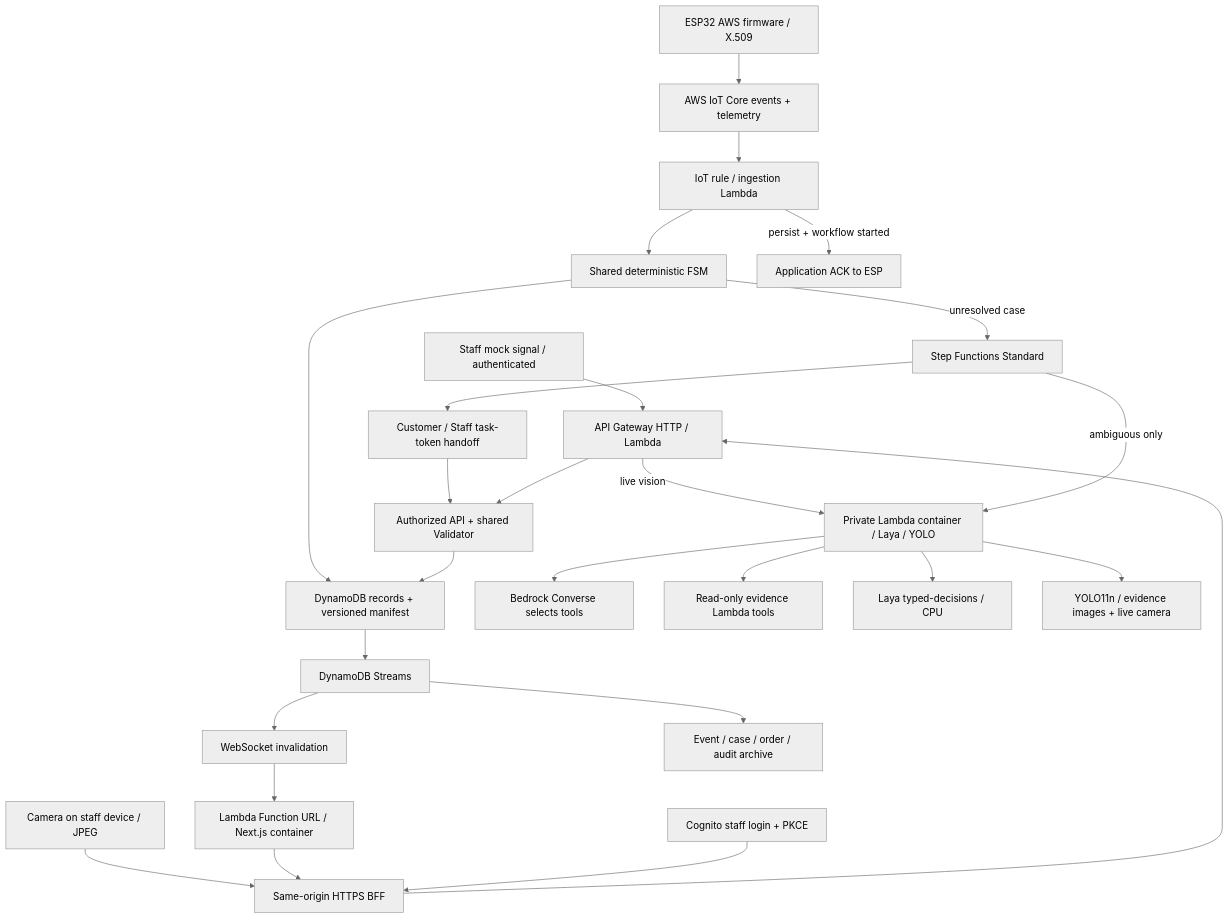
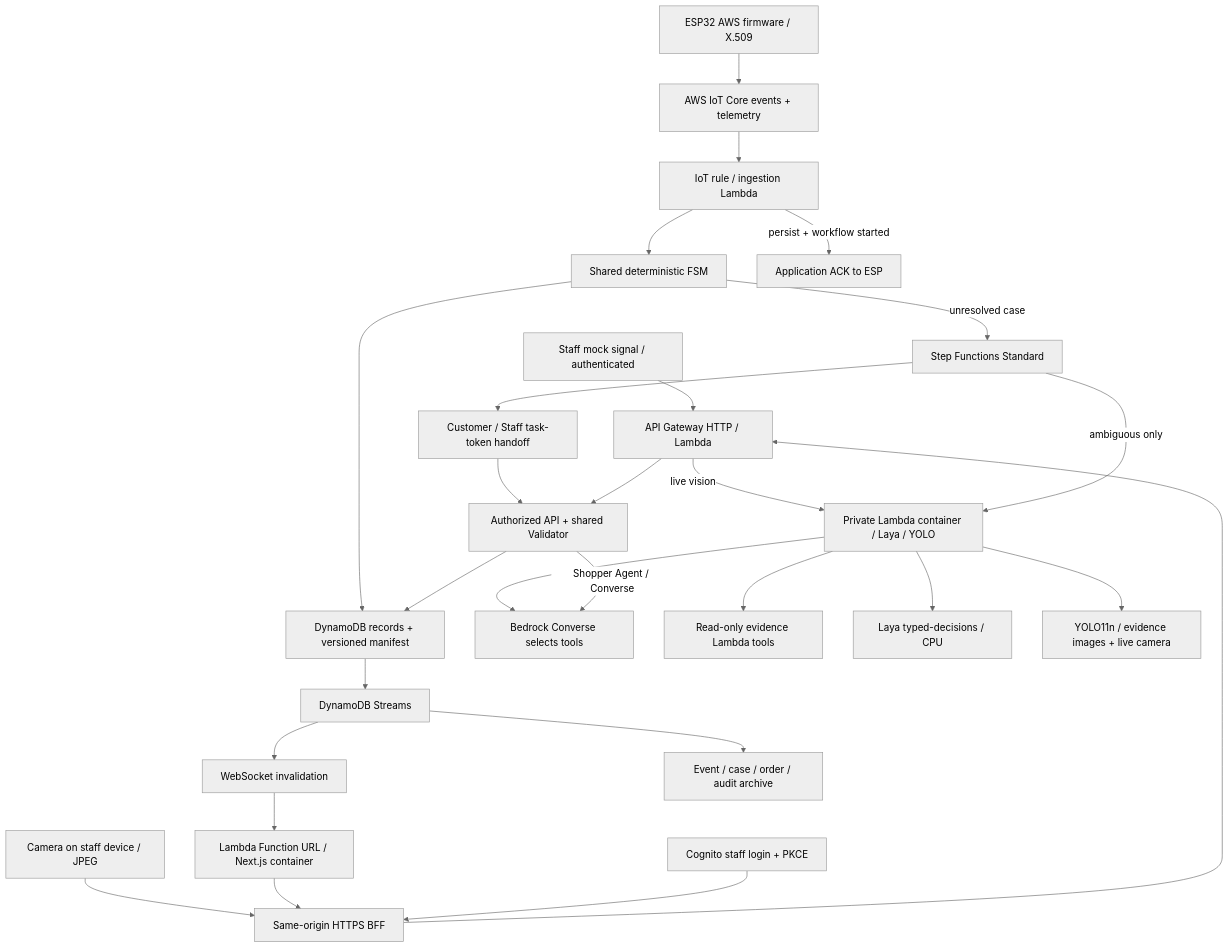
Before and after one commit to thhanabun/NTT_Prototype: the diagram in infra/cloud/README.md, drawn with Mermaid (neutral theme). The commit also changed other lines of this file and 9 other files, not shown here.

Commit message:
feat(shopper-agent): prepare Bedrock cloud runtime

````diff
--- a/infra/cloud/README.md
+++ b/infra/cloud/README.md
@@ -7,28 +7,29 @@
 ```mermaid
 flowchart TD
   Simulator[Staff mock signal / authenticated] --> Gateway
   Camera[Camera on staff device / JPEG] --> BFF
   Gateway -->|live vision| Agent
   ESP[ESP32 AWS firmware / X.509] --> IoT[AWS IoT Core events + telemetry]
   IoT --> Ingest[IoT rule / ingestion Lambda]
   Ingest --> FSM[Shared deterministic FSM]
   FSM --> DB[DynamoDB records + versioned manifest]
   Ingest -->|persist + workflow started| ACK[Application ACK to ESP]
   FSM -->|unresolved case| SF[Step Functions Standard]
   SF -->|ambiguous only| Agent[Private Lambda container / Laya / YOLO]
   Agent --> Model[Bedrock Converse selects tools]
   Agent --> Tools[Read-only evidence Lambda tools]
   Agent --> Laya[Laya typed-decisions / CPU]
   Agent --> Vision[YOLO11n / evidence images + live camera]
   SF --> HITL[Customer / Staff task-token handoff]
   HITL --> API[Authorized API + shared Validator]
   API --> DB
   DB --> Stream[DynamoDB Streams]
   Stream --> WS[WebSocket invalidation]
   Stream --> S3[Event / case / order / audit archive]
   WS --> Web[Lambda Function URL / Next.js container]
   Web --> BFF[Same-origin HTTPS BFF]
   BFF --> Gateway[API Gateway HTTP / Lambda]
   Gateway --> API
+  API -->|Shopper Agent / Converse| Model
   Cognito[Cognito staff login + PKCE] --> BFF
 ```
````
